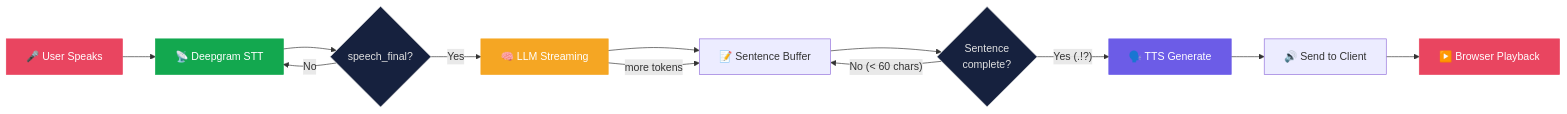
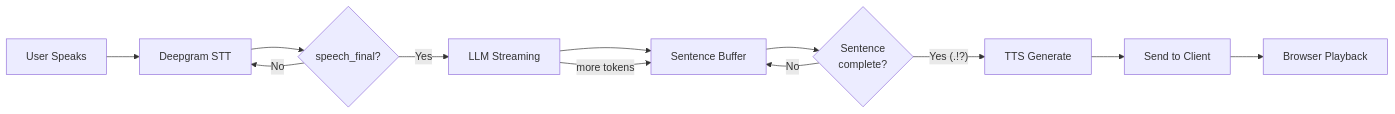
The third of 9 diagrams in docs/src/architecture.md (xettri/voicex), drawn with Mermaid before and after one commit. The commit also changed other lines of this file and 48 other files, not shown here.

````diff
--- a/docs/src/architecture.md
+++ b/docs/src/architecture.md
@@ -64,22 +196,14 @@
 ```mermaid
 flowchart LR
-    A["🎤 User Speaks"] --> B["📡 Deepgram STT"]
+    A["User Speaks"] --> B["Deepgram STT"]
     B --> C{"speech_final?"}
     C -->|"No"| B
-    C -->|"Yes"| D["🧠 LLM Streaming"]
-    D --> E["📝 Sentence Buffer"]
+    C -->|"Yes"| D["LLM Streaming"]
+    D --> E["Sentence Buffer"]
     E --> F{"Sentence\ncomplete?"}
-    F -->|"No (< 60 chars)"| E
-    F -->|"Yes (.!?)"| G["🗣️ TTS Generate"]
-    G --> H["🔊 Send to Client"]
+    F -->|"No"| E
+    F -->|"Yes (.!?)"| G["TTS Generate"]
+    G --> H["Send to Client"]
     D -->|"more tokens"| E
-    H --> I["▶️ Browser Playback"]
-
-    style A fill:#e94560,stroke:#e94560,color:#fff
-    style B fill:#13a84f,stroke:#13a84f,color:#fff
-    style D fill:#f5a623,stroke:#f5a623,color:#fff
-    style G fill:#6c5ce7,stroke:#6c5ce7,color:#fff
-    style I fill:#e94560,stroke:#e94560,color:#fff
-    style C fill:#16213e,stroke:#e0e0e0,color:#e0e0e0
-    style F fill:#16213e,stroke:#e0e0e0,color:#e0e0e0
+    H --> I["Browser Playback"]
 ```
````
